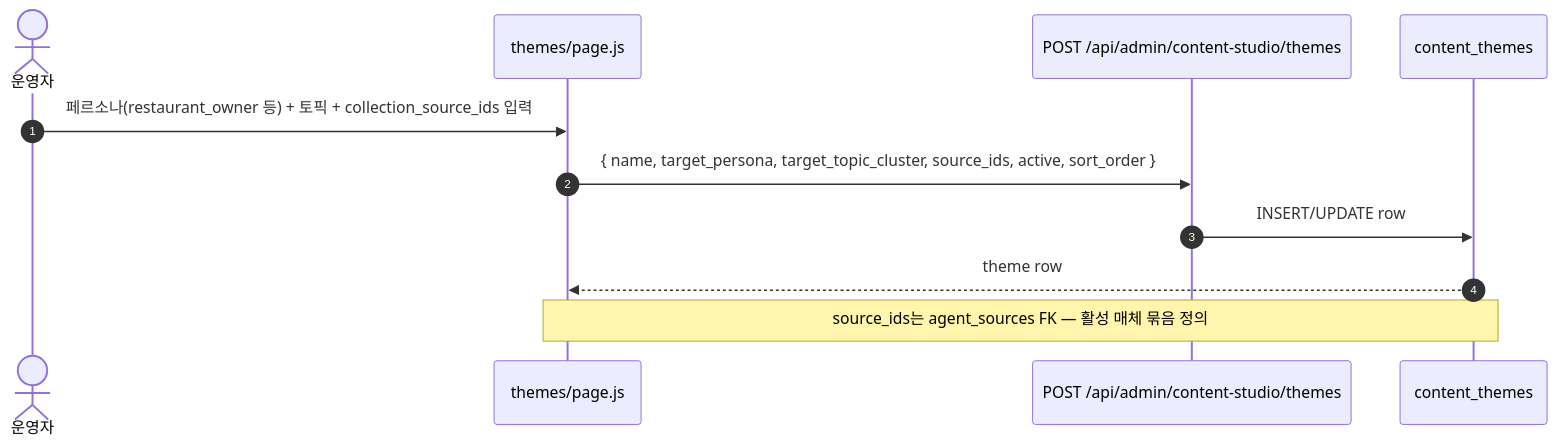
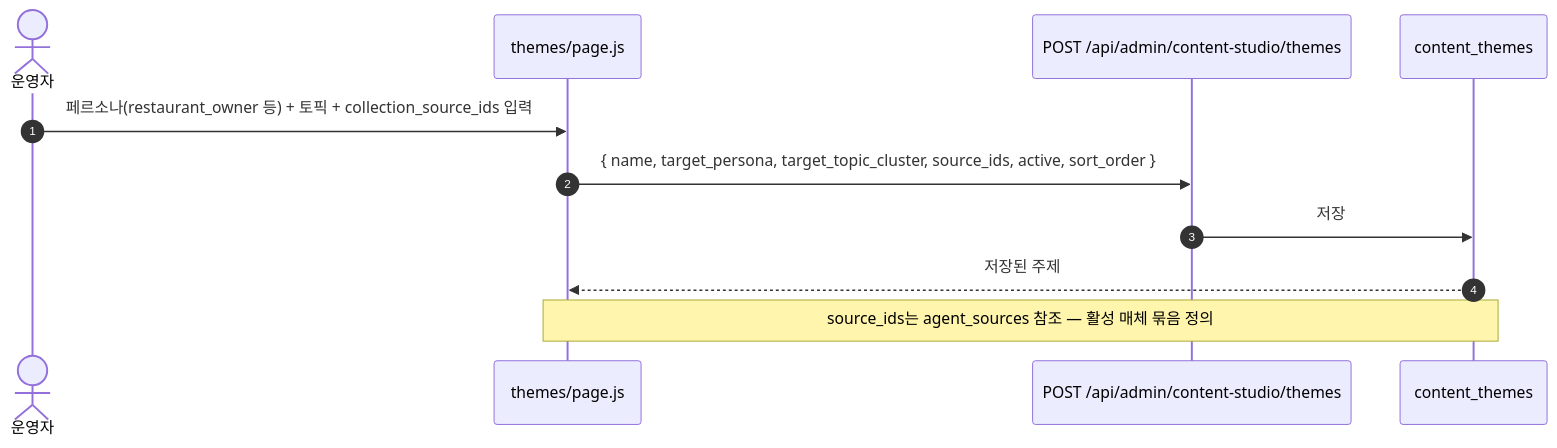
The third of 9 diagrams in docs/content-studio-pipeline-spec.md (giveneeds/give-randing), drawn with Mermaid before and after one commit. The commit also changed other lines of this file and 15 other files, not shown here.

First line of the commit message:
feat(content-studio): 텔레그램 채택 → 2차 워크플로우 안정화 + 명세·다이어그램 갱신

````diff
--- a/docs/content-studio-pipeline-spec.md
+++ b/docs/content-studio-pipeline-spec.md
@@ -95,14 +297,14 @@
 ```mermaid
 sequenceDiagram
   autonumber
   actor U as 운영자
   participant UI as themes/page.js
   participant API as POST /api/admin/content-studio/themes
   participant DB as content_themes
 
   U->>UI: 페르소나(restaurant_owner 등) + 토픽 + collection_source_ids 입력
   UI->>API: { name, target_persona, target_topic_cluster, source_ids, active, sort_order }
-  API->>DB: INSERT/UPDATE row
-  DB-->>UI: theme row
-  Note over UI,DB: source_ids는 agent_sources FK — 활성 매체 묶음 정의
+  API->>DB: 저장
+  DB-->>UI: 저장된 주제
+  Note over UI,DB: source_ids는 agent_sources 참조 — 활성 매체 묶음 정의
 ```
````
